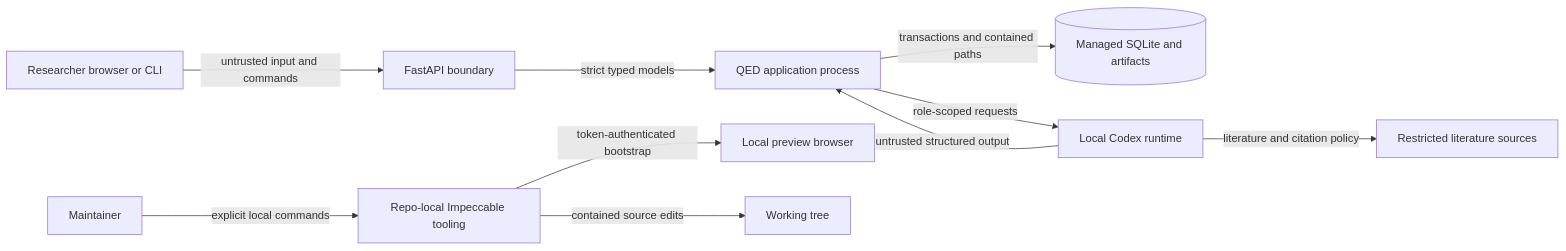
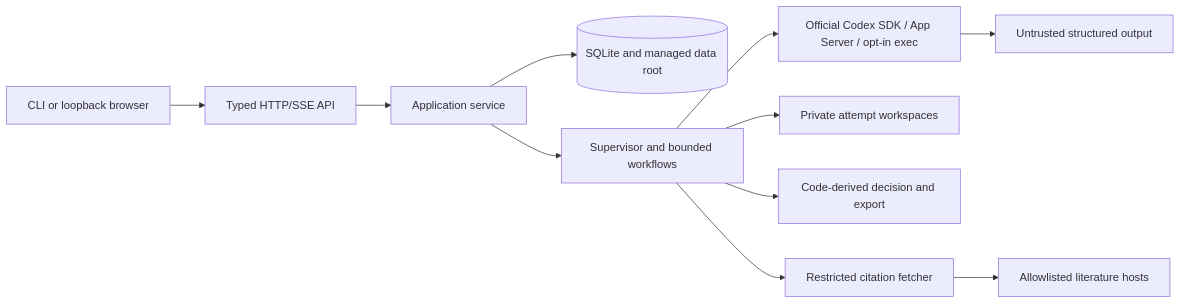
One commit to JJYYY-JJY/QED changed the diagram in docs/threat-model.md. Above: the diagram before and after it, drawn with Mermaid. The commit also changed other lines of this file and 249 other files, not shown here.

````diff
--- a/docs/threat-model.md
+++ b/docs/threat-model.md
@@ -22,23 +24,13 @@
 ```mermaid
 flowchart LR
-    USER["Researcher browser or CLI"]
-    API["FastAPI boundary"]
-    APP["QED application process"]
-    DB[("Managed SQLite and artifacts")]
-    CODEX["Local Codex runtime"]
-    WEB["Restricted literature sources"]
-    DEV["Maintainer"]
-    IMPEC["Repo-local Impeccable tooling"]
-    PREVIEW["Local preview browser"]
-    REPO["Working tree"]
-
-    USER -->|"untrusted input and commands"| API
-    API -->|"strict typed models"| APP
-    APP -->|"transactions and contained paths"| DB
-    APP -->|"role-scoped requests"| CODEX
-    CODEX -->|"untrusted structured output"| APP
-    CODEX -->|"literature and citation policy"| WEB
-    DEV -->|"explicit local commands"| IMPEC
-    IMPEC -->|"token-authenticated bootstrap"| PREVIEW
-    IMPEC -->|"contained source edits"| REPO
+    USER["CLI or loopback browser"] --> API["Typed HTTP/SSE API"]
+    API --> APP["Application service"]
+    APP --> DB[("SQLite and managed data root")]
+    APP --> ORCH["Supervisor and bounded workflows"]
+    ORCH --> CODEX["Official Codex SDK / App Server / opt-in exec"]
+    ORCH --> FS["Private attempt workspaces"]
+    CODEX --> UNTRUSTED["Untrusted structured output"]
+    ORCH --> POLICY["Code-derived decision and export"]
+    CIT["Restricted citation fetcher"] --> WEB["Allowlisted literature hosts"]
+    ORCH --> CIT
 ```
````
